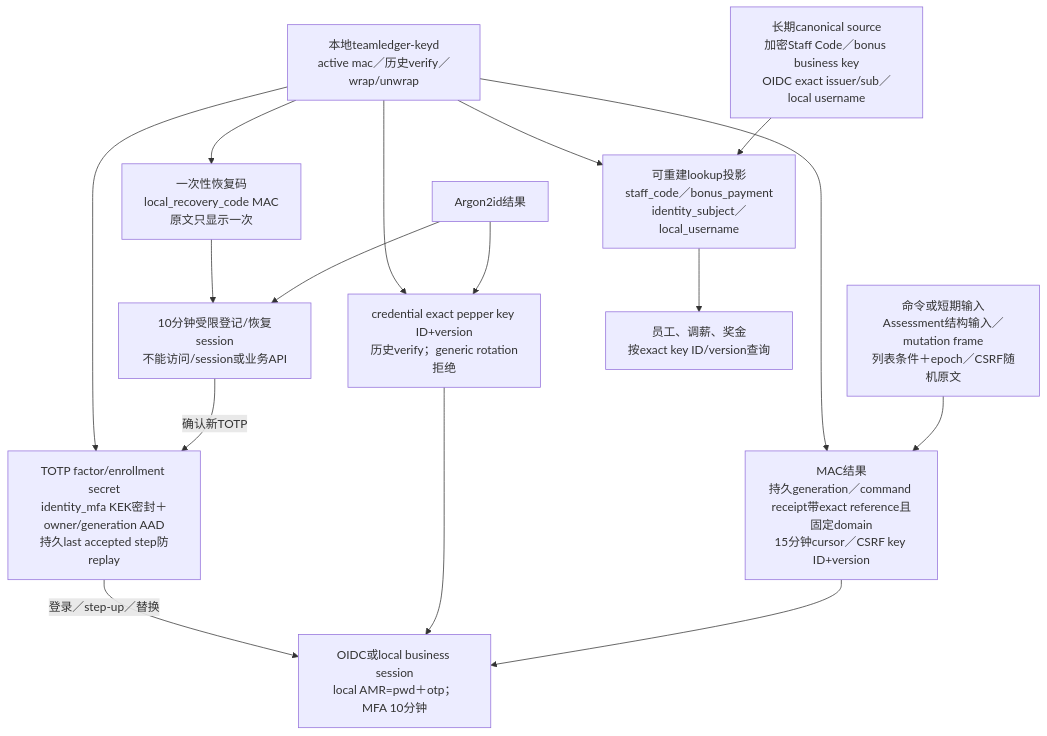
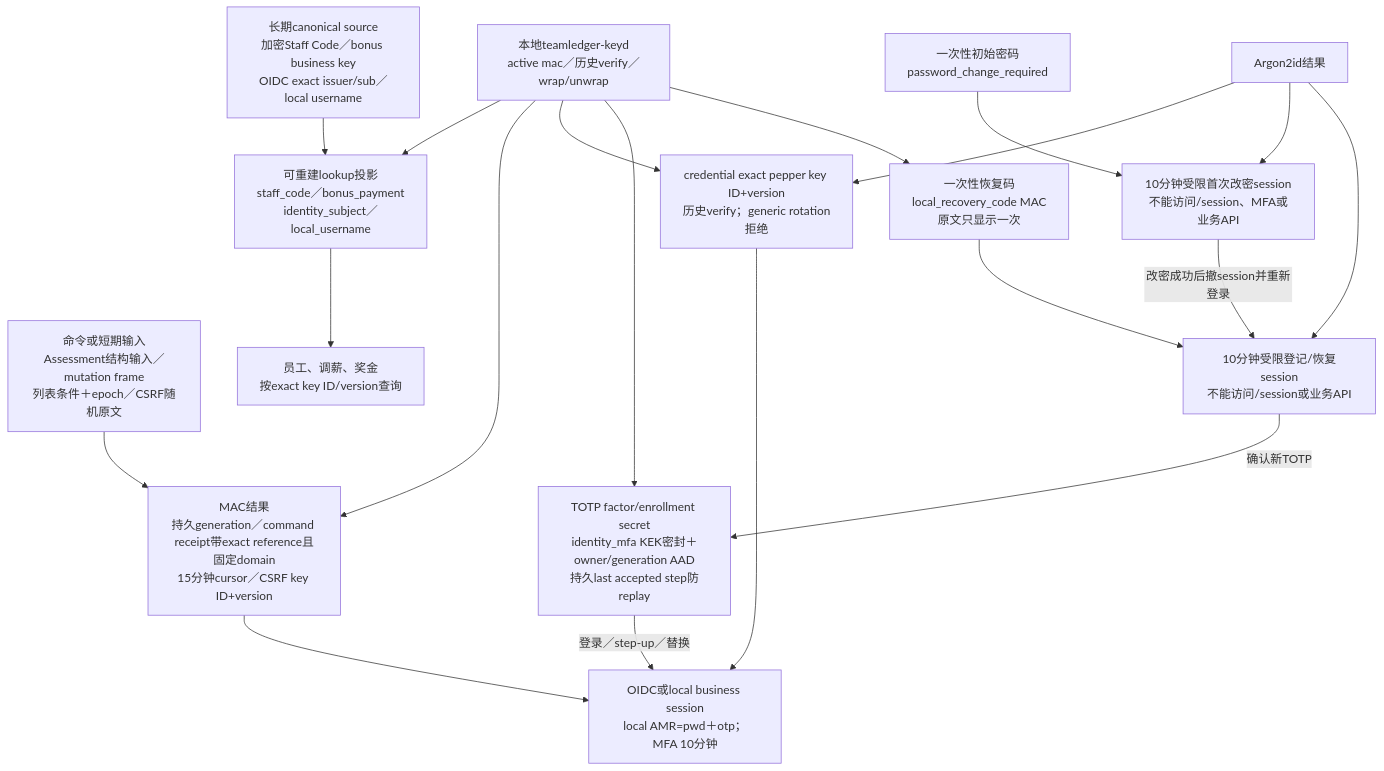
One commit to r404r/team-ledger-pub changed diagram 13 of 13 in docs/FUNCTIONAL_SPEC.md. Above: the diagram before and after it, drawn with Mermaid. The commit also changed other lines of this file and 16 other files, not shown here.

````diff
--- a/docs/FUNCTIONAL_SPEC.md
+++ b/docs/FUNCTIONAL_SPEC.md
@@ -973,27 +977,31 @@
 ```mermaid
 flowchart TB
     source["长期canonical source<br/>加密Staff Code／bonus business key<br/>OIDC exact issuer/sub／local username"]
     index["可重建lookup投影<br/>staff_code／bonus_payment<br/>identity_subject／local_username"]
     request["命令或短期输入<br/>Assessment结构输入／mutation frame<br/>列表条件＋epoch／CSRF随机原文"]
     transient["MAC结果<br/>持久generation／command receipt带exact reference且固定domain<br/>15分钟cursor／CSRF key ID+version"]
     password["Argon2id结果"]
     pepper["credential exact pepper key ID+version<br/>历史verify；generic rotation拒绝"]
+    temp["一次性初始密码<br/>password_change_required"]
+    restrictedPassword["10分钟受限首次改密session<br/>不能访问/session、MFA或业务API"]
     totp["TOTP factor/enrollment secret<br/>identity_mfa KEK密封＋owner/generation AAD<br/>持久last accepted step防replay"]
     recovery["一次性恢复码<br/>local_recovery_code MAC<br/>原文只显示一次"]
     restricted["10分钟受限登记/恢复session<br/>不能访问/session或业务API"]
     keyd["本地teamledger-keyd<br/>active mac／历史verify／wrap/unwrap"]
     business["员工、调薪、奖金<br/>按exact key ID/version查询"]
     session["OIDC或local business session<br/>local AMR=pwd＋otp；MFA 10分钟"]
     source --> index --> business
     request --> transient --> session
+    temp --> restrictedPassword -->|"改密成功后撤session并重新登录"| restricted
     password --> pepper --> session
+    password --> restrictedPassword
     password --> restricted
     recovery --> restricted
     restricted -->|"确认新TOTP"| totp
     totp -->|"登录／step-up／替换"| session
     keyd --> index
     keyd --> transient
     keyd --> pepper
     keyd --> totp
     keyd --> recovery
 ```
````
